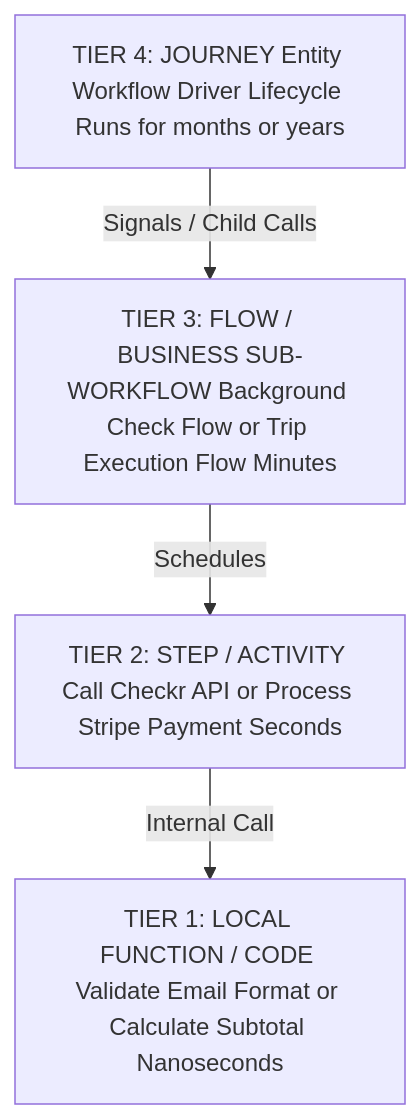
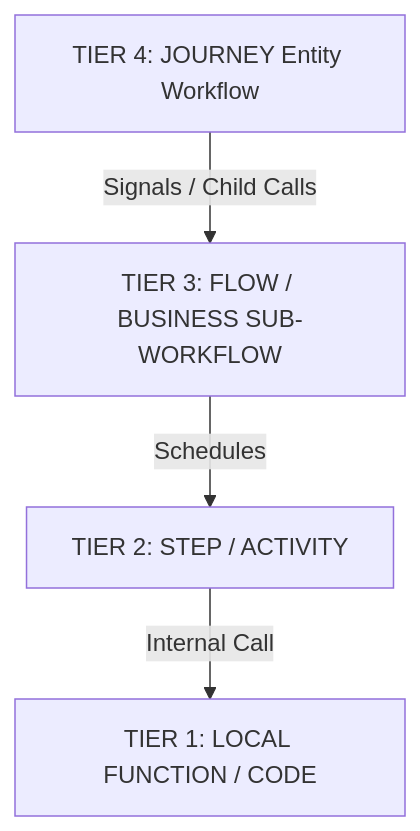
Diagram 14 of 19 in blog/astro/src/content/docs/uber-architecture.md (Chandra179/atlas), drawn with Mermaid before and after one commit. The commit also changed other lines of this file and 20 other files, not shown here.

````diff
--- a/blog/astro/src/content/docs/uber-architecture.md
+++ b/blog/astro/src/content/docs/uber-architecture.md
@@ -742,10 +740,10 @@
 ```mermaid
 graph TB
-    T4["TIER 4: JOURNEY Entity Workflow Driver Lifecycle Runs for months or years"]
-    T3["TIER 3: FLOW / BUSINESS SUB-WORKFLOW Background Check Flow or Trip Execution Flow Minutes"]
-    T2["TIER 2: STEP / ACTIVITY Call Checkr API or Process Stripe Payment Seconds"]
-    T1["TIER 1: LOCAL FUNCTION / CODE Validate Email Format or Calculate Subtotal Nanoseconds"]
+    T4["TIER 4: JOURNEY Entity Workflow"]
+    T3["TIER 3: FLOW / BUSINESS SUB-WORKFLOW"]
+    T2["TIER 2: STEP / ACTIVITY"]
+    T1["TIER 1: LOCAL FUNCTION / CODE"]
     T4 -->|Signals / Child Calls| T3
     T3 -->|Schedules| T2
     T2 -->|Internal Call| T1
 ```
````
